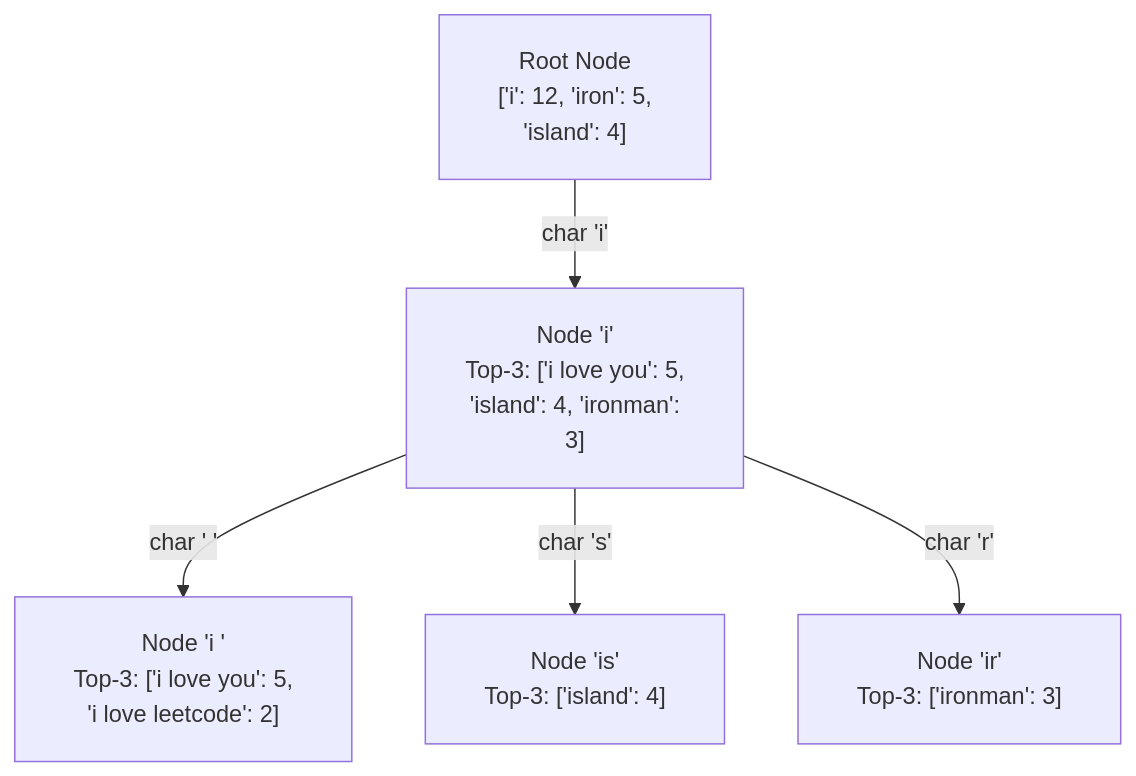
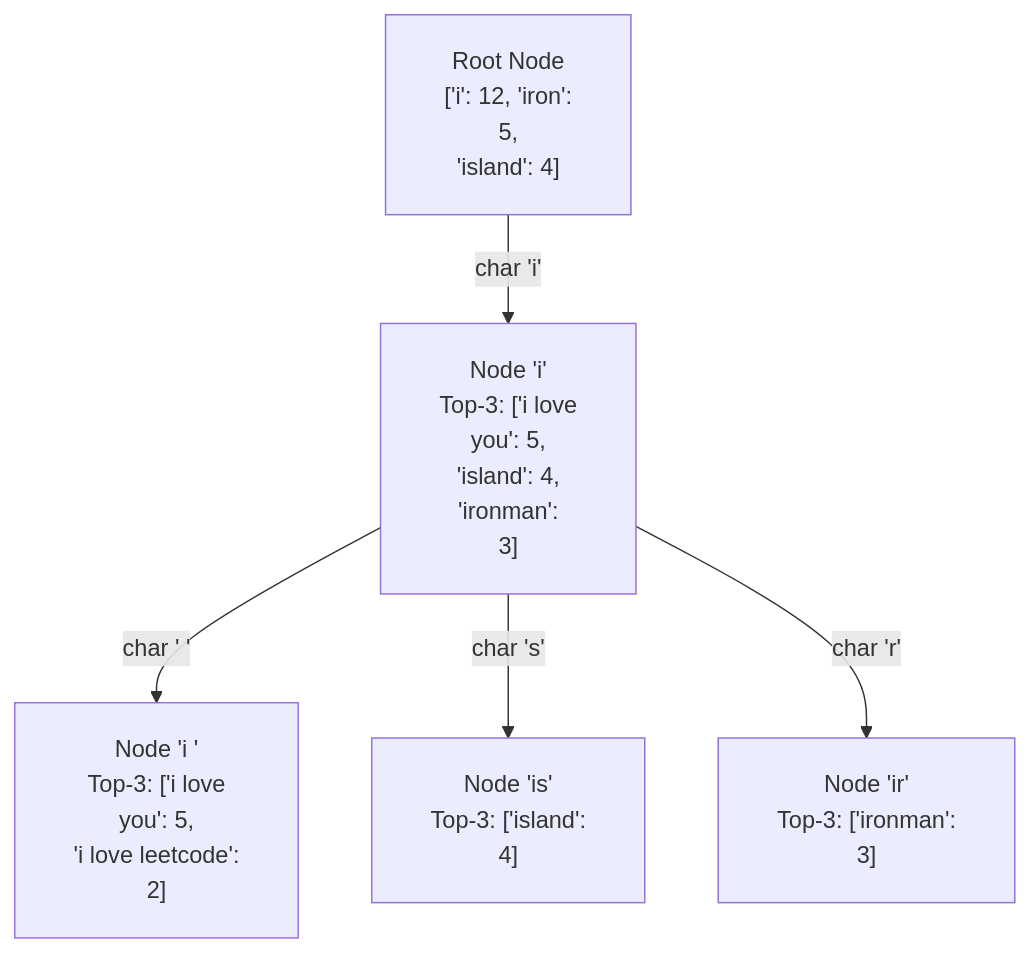
The second of 3 diagrams in LLD/03_Tier3_DSA_Screening/29_Search_Autocomplete_System.md (dip4k/DSA_102), drawn with Mermaid before and after one commit. The commit also changed other lines of this file and 106 other files, not shown here.

First line of the commit message:
fix(mermaid): prevent text clipping with foreignObject overflow and tighter line wrapping

````diff
--- a/LLD/03_Tier3_DSA_Screening/29_Search_Autocomplete_System.md
+++ b/LLD/03_Tier3_DSA_Screening/29_Search_Autocomplete_System.md
@@ -38,9 +38,9 @@
 ```mermaid
-%%{init: {"flowchart": {"htmlLabels": true, "padding": 20}}}%%
+%%{init: {"flowchart": {"htmlLabels": true, "padding": 20}, "themeCSS": "foreignObject { overflow: visible !important; }"}}%%
 graph TD
-    Root["Root Node<br/>['i': 12, 'iron': 5,<br/>'island': 4]"]
-    Root -->|"char 'i'"| NodeI["Node 'i'<br/>Top-3: ['i love you': 5,<br/>'island': 4, 'ironman':<br/>3]"]
-    NodeI -->|"char ' '"| NodeISpace["Node 'i '<br/>Top-3: ['i love you': 5,<br/>'i love leetcode': 2]"]
-    NodeI -->|"char 's'"| NodeIS["Node 'is'<br/>Top-3: ['island': 4]"]
-    NodeI -->|"char 'r'"| NodeIR["Node 'ir'<br/>Top-3: ['ironman': 3]"]
+    Root["Root Node<br/>['i': 12, 'iron':<br/>5,<br/>'island': 4]"]
+    Root -->|"char 'i'"| NodeI["Node 'i'<br/>Top-3: ['i love<br/>you': 5,<br/>'island': 4,<br/>'ironman':<br/>3]"]
+    NodeI -->|"char ' '"| NodeISpace["Node 'i '<br/>Top-3: ['i love<br/>you': 5,<br/>'i love leetcode':<br/>2]"]
+    NodeI -->|"char 's'"| NodeIS["Node 'is'<br/>Top-3: ['island':<br/>4]"]
+    NodeI -->|"char 'r'"| NodeIR["Node 'ir'<br/>Top-3: ['ironman':<br/>3]"]
 ```
````
